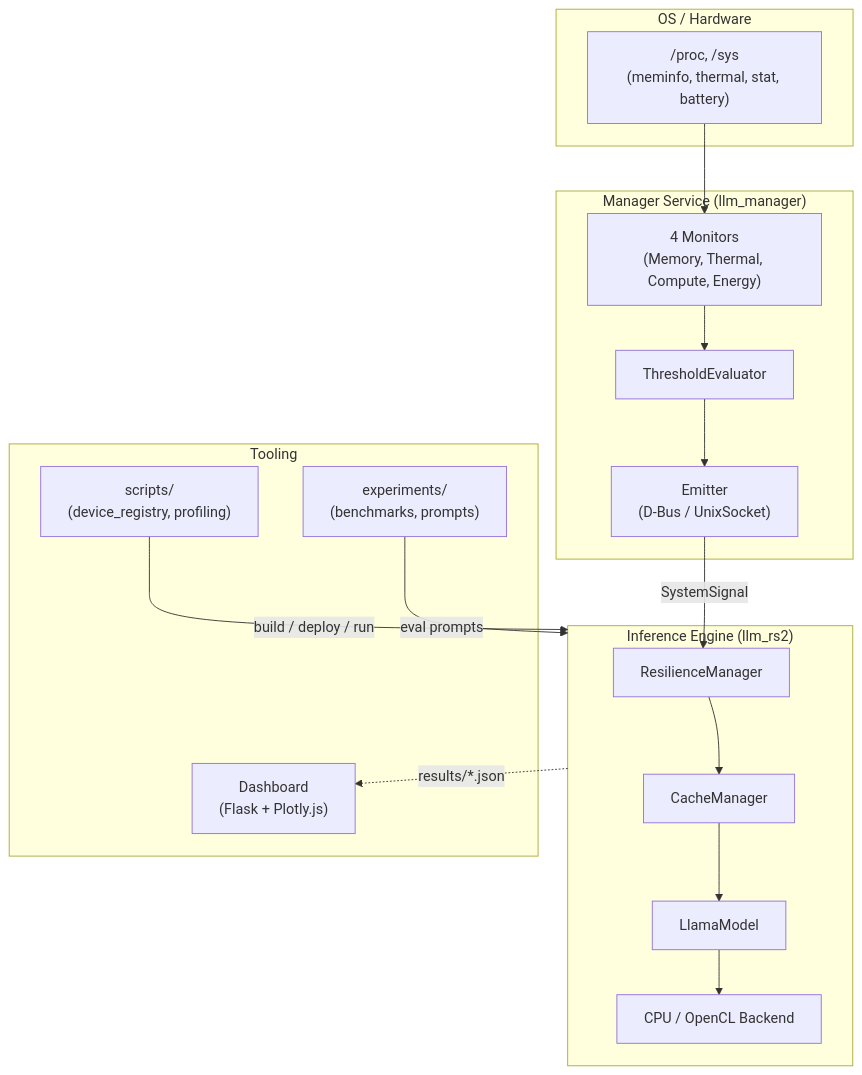
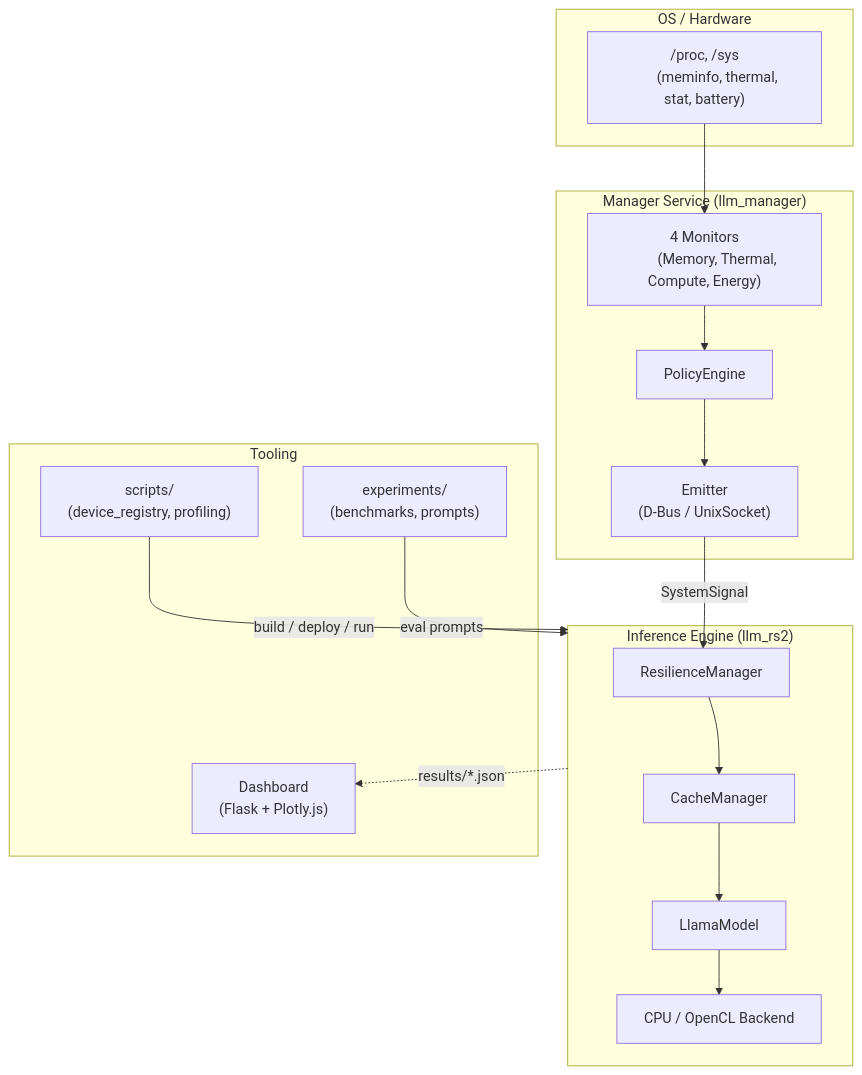
One commit to hedone21/llm_rs2 changed the first of 5 diagrams in ARCHITECTURE.md. Above: the diagram before and after it, drawn with Mermaid. The commit also changed other lines of this file, not shown here.

Commit message:
docs(architecture): fix \n rendering and rename to PolicyEngine in diagrams
- Replace \n with actual newlines in Mermaid node labels to fix
  literal \n rendering in GitHub/viewers
- Rename ThresholdEvaluator to PolicyEngine in component and sequence
  diagrams (code-level struct name unchanged in description sections)

````diff
--- a/ARCHITECTURE.md
+++ b/ARCHITECTURE.md
@@ -36,35 +36,41 @@
 ```mermaid
 graph TB
     subgraph OS ["OS / Hardware"]
-        SysMetrics["/proc, /sys\n(meminfo, thermal, stat, battery)"]
+        SysMetrics["/proc, /sys
+        (meminfo, thermal, stat, battery)"]
     end
 
     subgraph Manager ["Manager Service (llm_manager)"]
-        Monitors["4 Monitors\n(Memory, Thermal, Compute, Energy)"]
-        Evaluator["ThresholdEvaluator"]
-        Emitter["Emitter\n(D-Bus / UnixSocket)"]
+        Monitors["4 Monitors
+        (Memory, Thermal, Compute, Energy)"]
+        PolicyEngine["PolicyEngine"]
+        Emitter["Emitter
+        (D-Bus / UnixSocket)"]
     end
 
     subgraph Engine ["Inference Engine (llm_rs2)"]
         Resilience["ResilienceManager"]
         CacheMgr["CacheManager"]
         Model["LlamaModel"]
         Backends["CPU / OpenCL Backend"]
     end
 
     subgraph Tooling ["Tooling"]
-        Scripts["scripts/\n(device_registry, profiling)"]
-        Experiments["experiments/\n(benchmarks, prompts)"]
-        Dashboard["Dashboard\n(Flask + Plotly.js)"]
+        Scripts["scripts/
+        (device_registry, profiling)"]
+        Experiments["experiments/
+        (benchmarks, prompts)"]
+        Dashboard["Dashboard
+        (Flask + Plotly.js)"]
     end
 
     SysMetrics --> Monitors
-    Monitors --> Evaluator --> Emitter
+    Monitors --> PolicyEngine --> Emitter
     Emitter -->|"SystemSignal"| Resilience
     Resilience --> CacheMgr --> Model
     Model --> Backends
 
     Scripts -->|"build / deploy / run"| Engine
     Experiments -->|"eval prompts"| Engine
     Engine -.->|"results/*.json"| Dashboard
 ```
````
